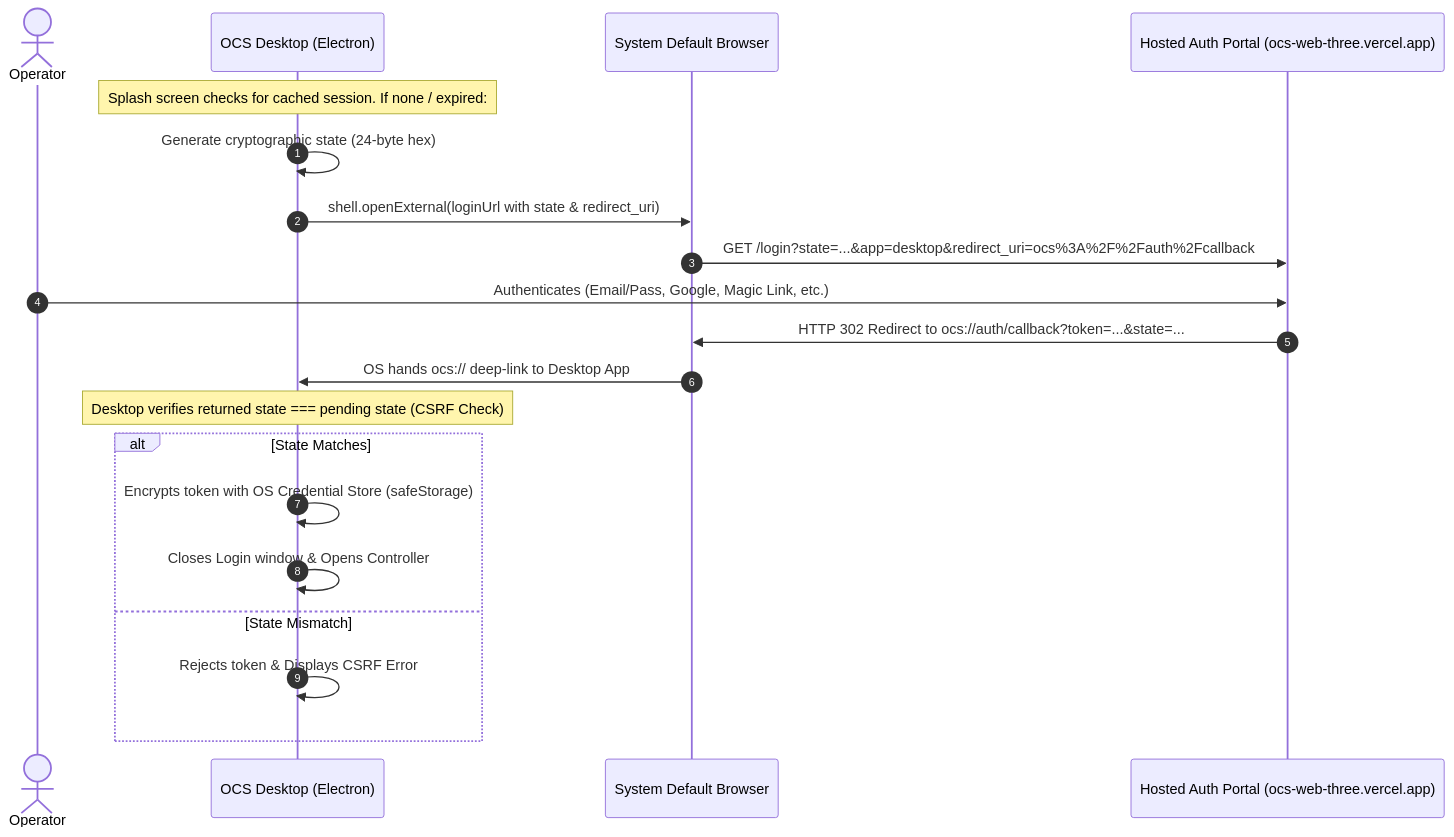
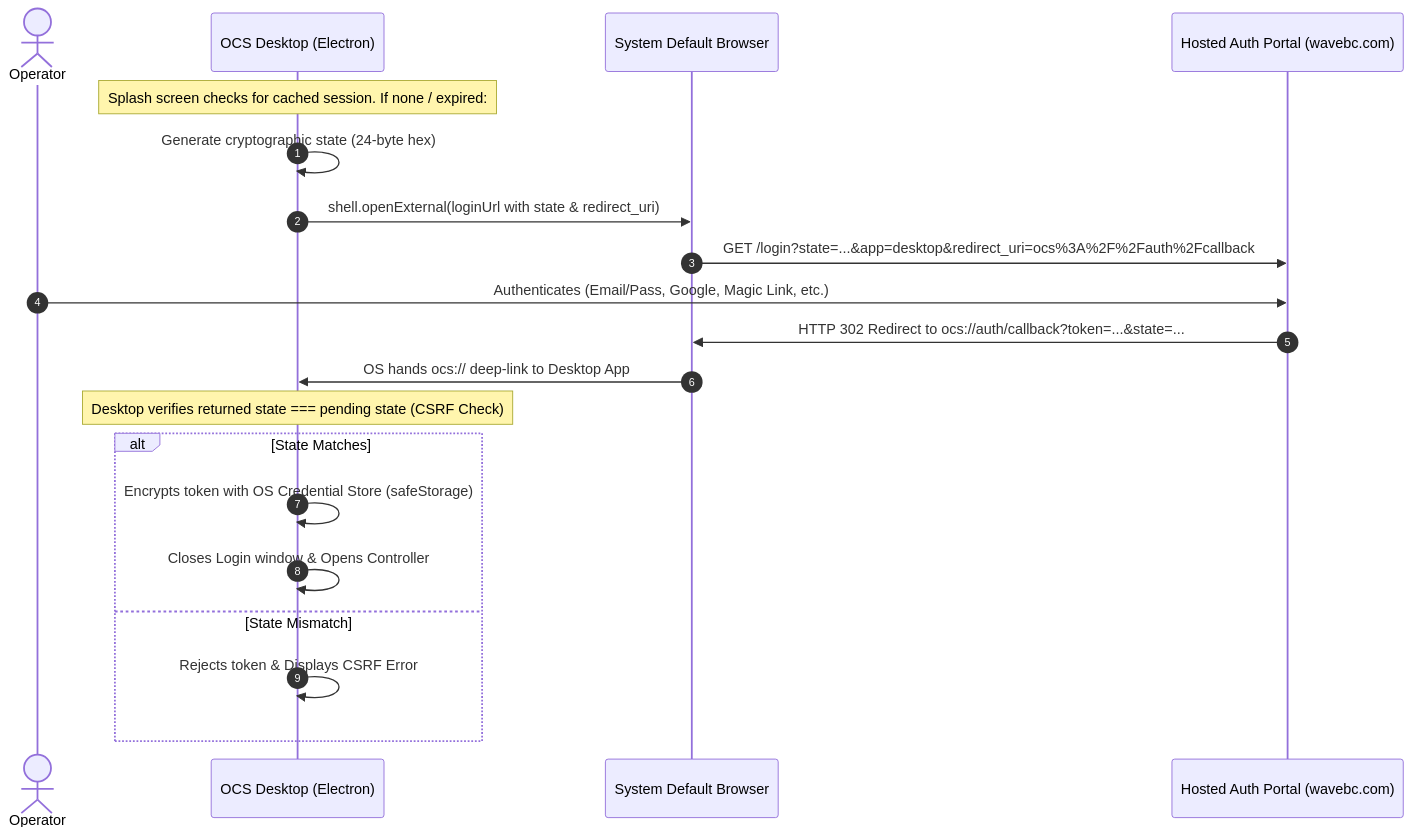
The diagram in docs/AUTH_CONTRACT.md (AceRex/OCS), drawn with Mermaid before and after one commit. The commit also changed other lines of this file and 20 other files, not shown here.

````diff
--- a/docs/AUTH_CONTRACT.md
+++ b/docs/AUTH_CONTRACT.md
@@ -9,23 +9,23 @@
 ```mermaid
 sequenceDiagram
     autonumber
     actor Operator
     participant Desktop as OCS Desktop (Electron)
     participant Browser as System Default Browser
-    participant WebAuth as Hosted Auth Portal (ocs-web-three.vercel.app)
+    participant WebAuth as Hosted Auth Portal (wavebc.com)
 
     Note over Desktop: Splash screen checks for cached session. If none / expired:
     Desktop->>Desktop: Generate cryptographic state (24-byte hex)
     Desktop->>Browser: shell.openExternal(loginUrl with state & redirect_uri)
     Browser->>WebAuth: GET /login?state=...&app=desktop&redirect_uri=ocs%3A%2F%2Fauth%2Fcallback
     Operator->>WebAuth: Authenticates (Email/Pass, Google, Magic Link, etc.)
     WebAuth->>Browser: HTTP 302 Redirect to ocs://auth/callback?token=...&state=...
     Browser->>Desktop: OS hands ocs:// deep-link to Desktop App
     Note over Desktop: Desktop verifies returned state === pending state (CSRF Check)
     alt State Matches
         Desktop->>Desktop: Encrypts token with OS Credential Store (safeStorage)
         Desktop->>Desktop: Closes Login window & Opens Controller
     else State Mismatch
         Desktop->>Desktop: Rejects token & Displays CSRF Error
     end
 ```
````
